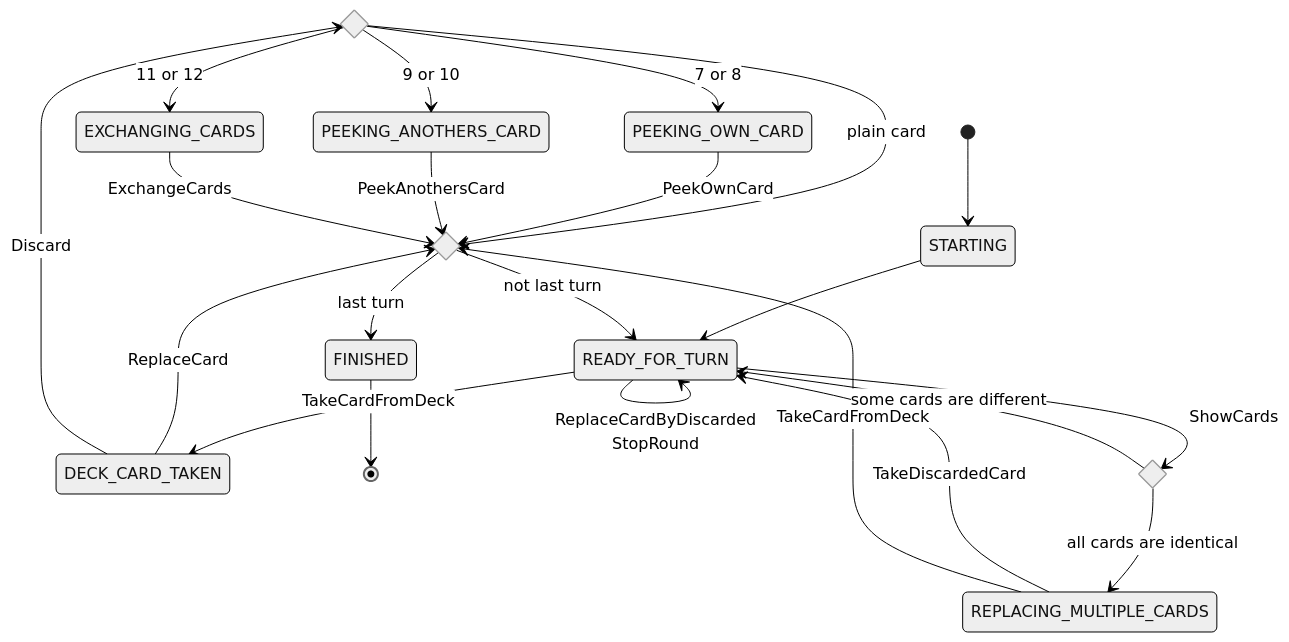
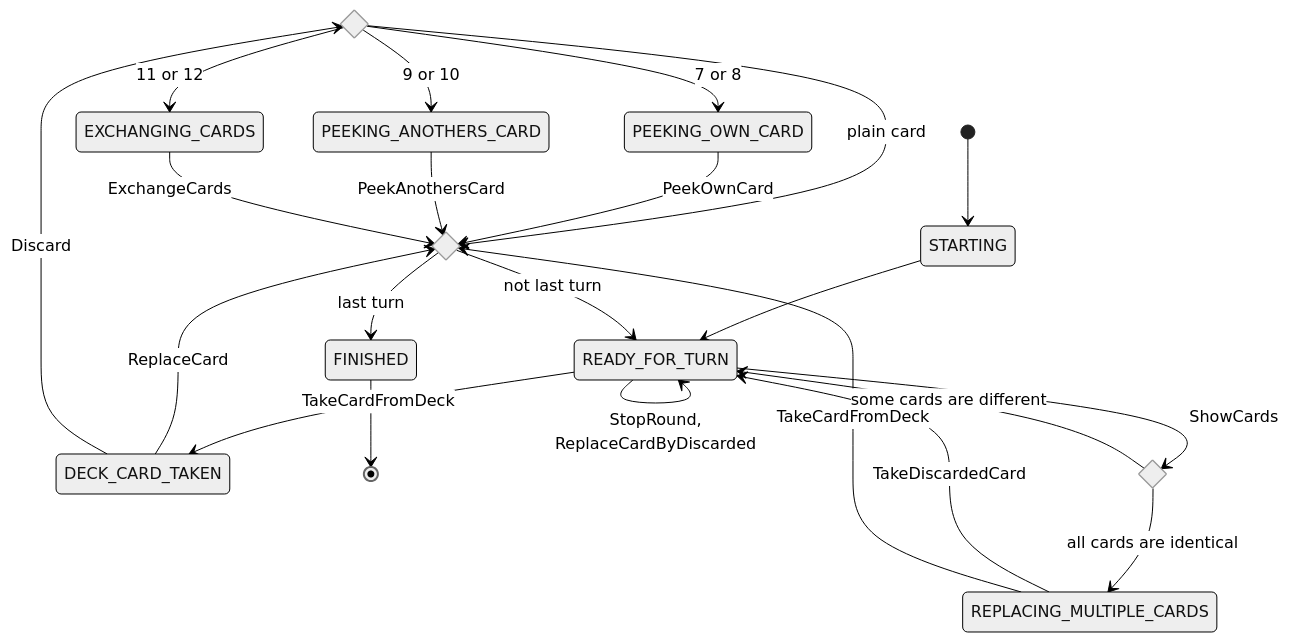
Before and after one commit to roman-zubarevich/another: the first of 15 diagrams in README.md, drawn with Mermaid (neutral theme).

Commit message:
adjust readme

````diff
--- a/README.md
+++ b/README.md
@@ -7,27 +7,27 @@
 ```mermaid
 stateDiagram-v2
     state discarded <<choice>>
     state showing_cards <<choice>>
     state turn_done <<choice>>
     [*] --> STARTING
     STARTING --> READY_FOR_TURN
     READY_FOR_TURN --> DECK_CARD_TAKEN: TakeCardFromDeck
-    READY_FOR_TURN --> READY_FOR_TURN: ReplaceCardByDiscarded<br/>StopRound
+    READY_FOR_TURN --> READY_FOR_TURN: StopRound,<br/>ReplaceCardByDiscarded
     READY_FOR_TURN --> showing_cards: ShowCards
     showing_cards --> REPLACING_MULTIPLE_CARDS: all cards are identical
     showing_cards --> READY_FOR_TURN: some cards are different
     DECK_CARD_TAKEN --> turn_done: ReplaceCard
     DECK_CARD_TAKEN --> discarded: Discard
     discarded --> turn_done: plain card
     discarded --> PEEKING_OWN_CARD: 7 or 8
     discarded --> PEEKING_ANOTHERS_CARD: 9 or 10
     discarded --> EXCHANGING_CARDS: 11 or 12
     REPLACING_MULTIPLE_CARDS --> READY_FOR_TURN: TakeDiscardedCard
     REPLACING_MULTIPLE_CARDS --> turn_done: TakeCardFromDeck
     PEEKING_OWN_CARD --> turn_done: PeekOwnCard
     PEEKING_ANOTHERS_CARD --> turn_done: PeekAnothersCard
     EXCHANGING_CARDS --> turn_done: ExchangeCards
     turn_done --> READY_FOR_TURN: not last turn
     turn_done --> FINISHED: last turn
     FINISHED --> [*]
 ```
````
